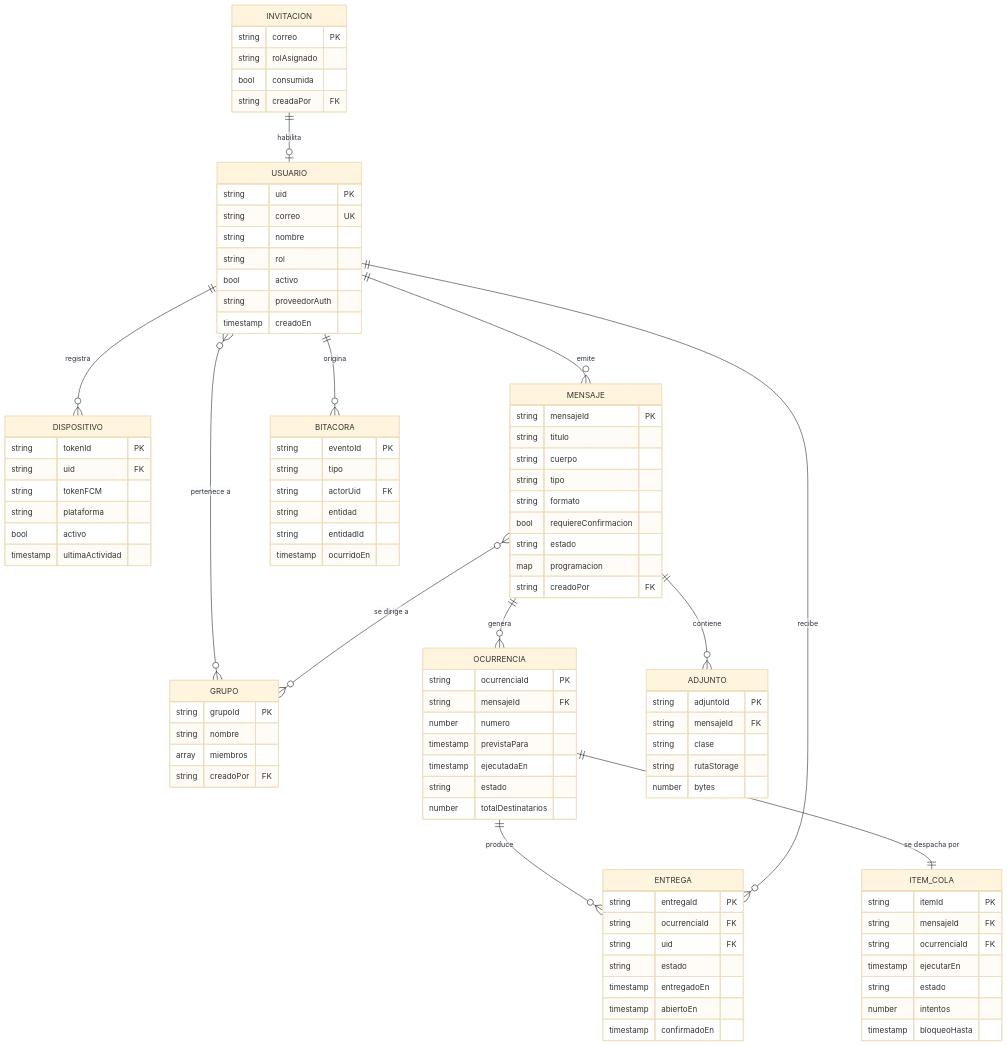
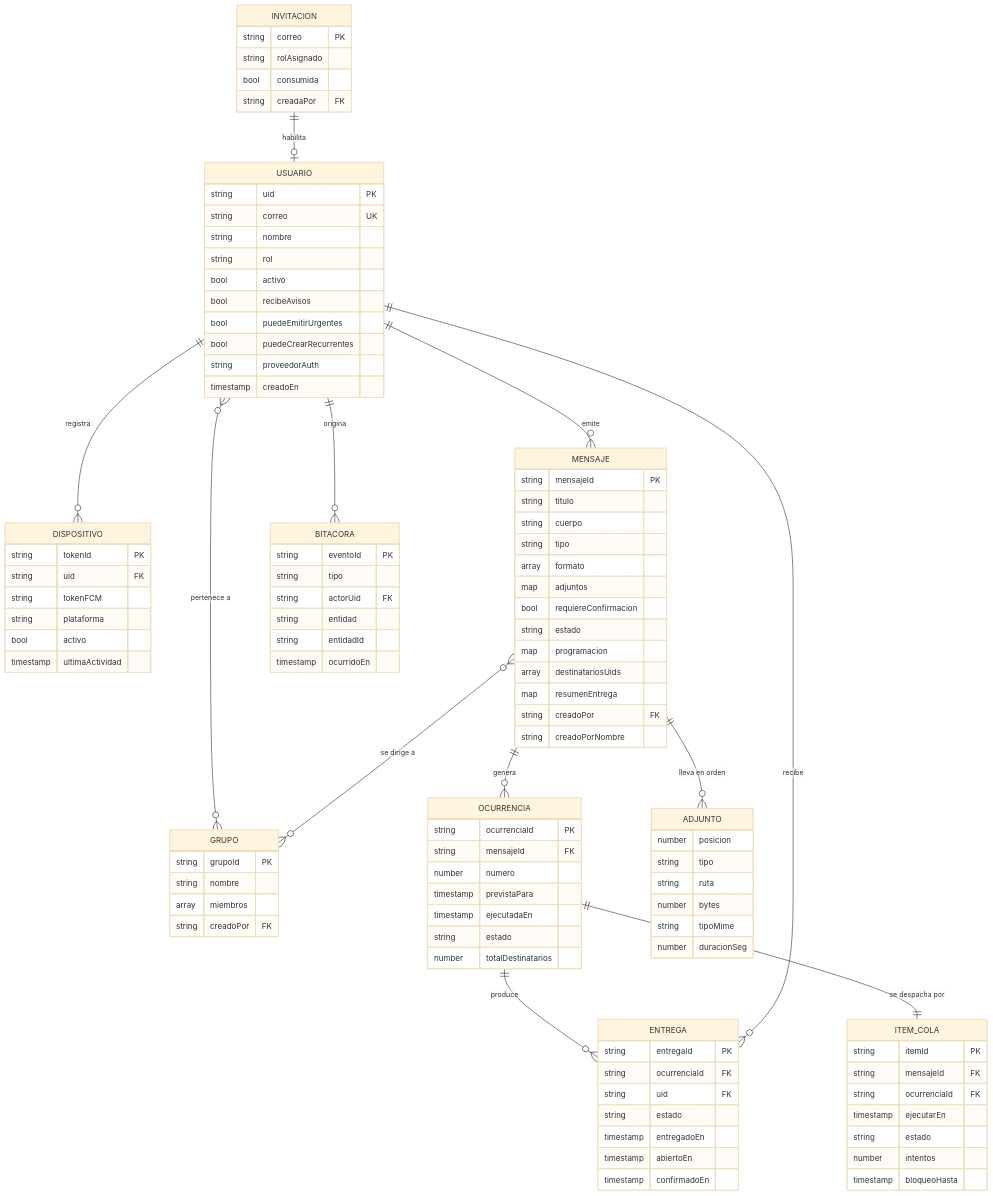
The diagram in docs/05-modelo-datos.md (eurizara/sian-notificaciones-catedraticos), drawn with Mermaid (base theme) before and after one commit. The commit also changed other lines of this file and 22 other files, not shown here.

```diff
--- a/docs/05-modelo-datos.md
+++ b/docs/05-modelo-datos.md
@@ -15,7 +15,7 @@
     MENSAJE ||--o{ OCURRENCIA : "genera"
     OCURRENCIA ||--o{ ENTREGA : "produce"
     USUARIO ||--o{ ENTREGA : "recibe"
-    MENSAJE ||--o{ ADJUNTO : "contiene"
+    MENSAJE ||--o{ ADJUNTO : "lleva en orden"
     MENSAJE }o--o{ GRUPO : "se dirige a"
     USUARIO ||--o{ BITACORA : "origina"
     OCURRENCIA ||--|| ITEM_COLA : "se despacha por"
@@ -27,6 +27,9 @@
         string nombre
         string rol
         bool activo
+        bool recibeAvisos
+        bool puedeEmitirUrgentes
+        bool puedeCrearRecurrentes
         string proveedorAuth
         timestamp creadoEn
     }
@@ -49,18 +52,23 @@
         string titulo
         string cuerpo
         string tipo
-        string formato
+        array formato
+        map adjuntos
         bool requiereConfirmacion
         string estado
         map programacion
+        array destinatariosUids
+        map resumenEntrega
         string creadoPor FK
+        string creadoPorNombre
     }
     ADJUNTO {
-        string adjuntoId PK
-        string mensajeId FK
-        string clase
-        string rutaStorage
+        number posicion
+        string tipo
+        string ruta
         number bytes
+        string tipoMime
+        number duracionSeg
     }
     OCURRENCIA {
         string ocurrenciaId PK
```
